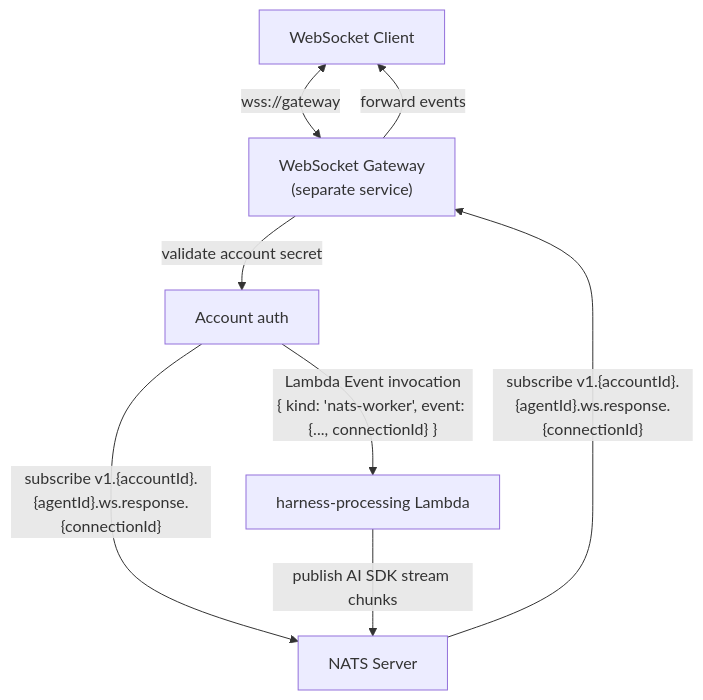
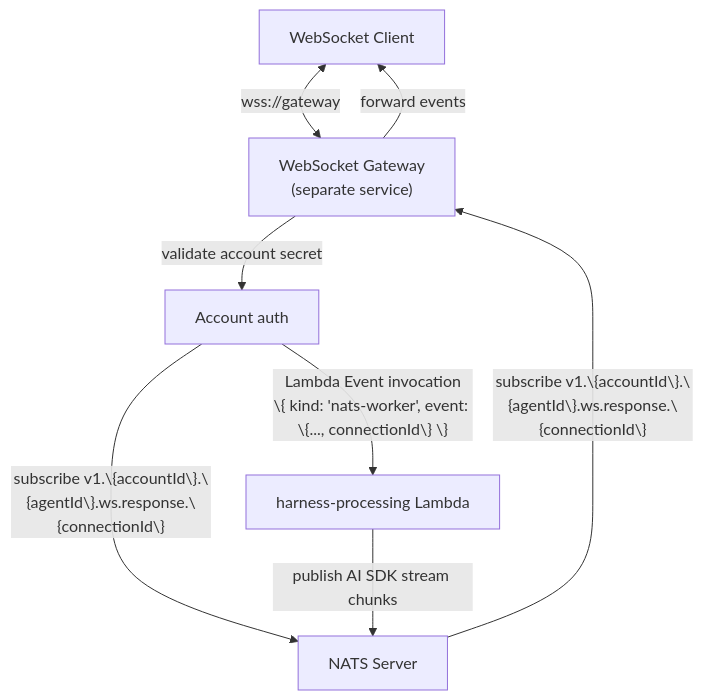
The eighth of 9 diagrams in docs/architecture.md (beeblastco/broods), drawn with Mermaid before and after one commit. The commit also changed other lines of this file and 3 other files, not shown here.

Commit message:
fix: escape curly braces in mermaid diagrams for proper rendering

````diff
--- a/docs/architecture.md
+++ b/docs/architecture.md
@@ -206,10 +206,10 @@
 ```mermaid
 flowchart TD
   Client["WebSocket Client"] <-->|"wss://gateway"| GW["WebSocket Gateway<br/>(separate service)"]
   GW -->|"validate account secret"| Auth["Account auth"]
-  Auth -->|"subscribe v1.{accountId}.{agentId}.ws.response.{connectionId}"| NATS["NATS Server"]
-  Auth -->|"Lambda Event invocation<br/>{ kind: 'nats-worker', event: {..., connectionId} }"| Harness["harness-processing Lambda"]
+  Auth -->|"subscribe v1.\{accountId\}.\{agentId\}.ws.response.\{connectionId\}"| NATS["NATS Server"]
+  Auth -->|"Lambda Event invocation<br/>\{ kind: 'nats-worker', event: \{..., connectionId\} \}"| Harness["harness-processing Lambda"]
   Harness -->|"publish AI SDK stream chunks"| NATS
-  NATS -->|"subscribe v1.{accountId}.{agentId}.ws.response.{connectionId}"| GW
+  NATS -->|"subscribe v1.\{accountId\}.\{agentId\}.ws.response.\{connectionId\}"| GW
   GW -->|"forward events"| Client
 ```
````
